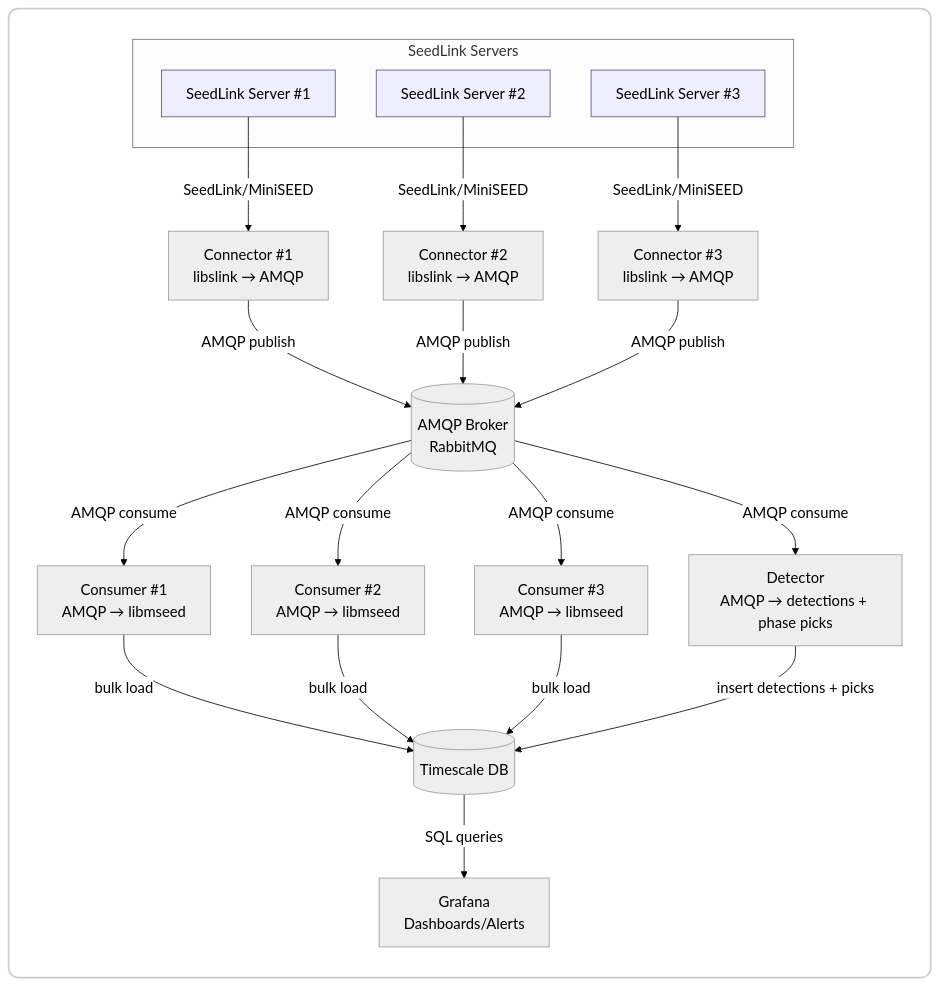
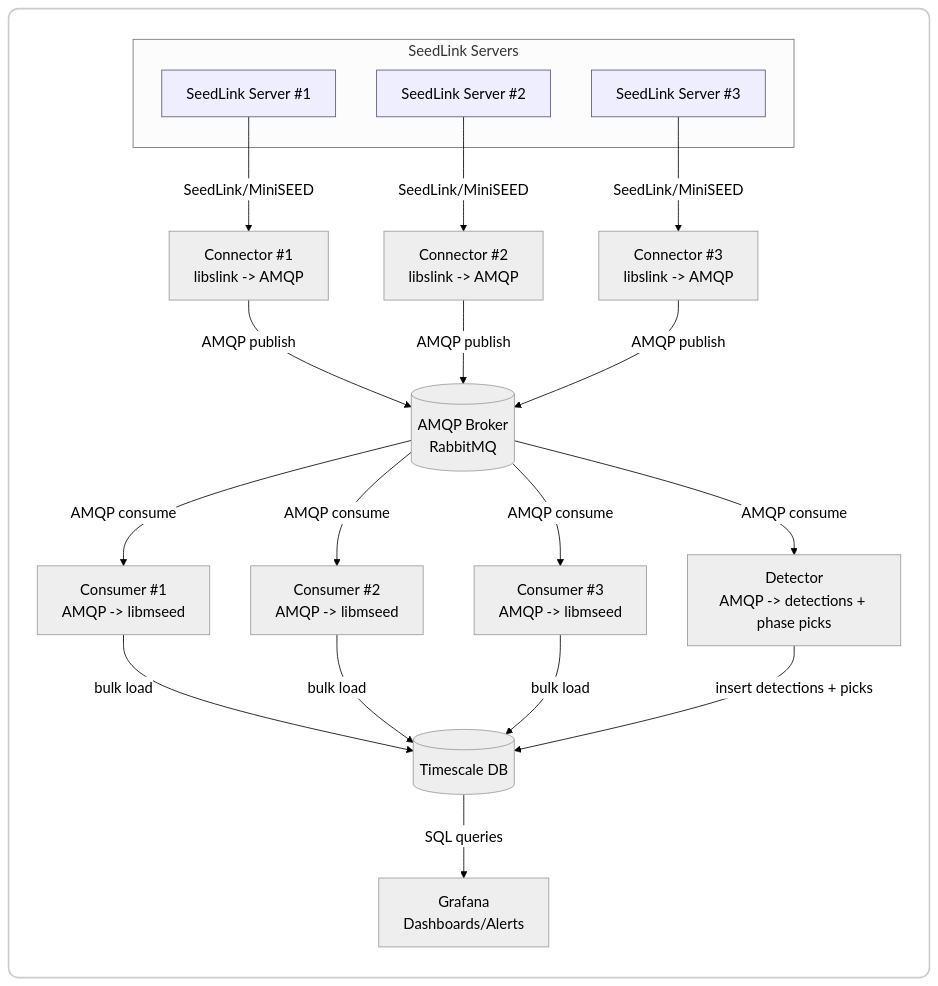
The diagram in README.md (timkomate/seisstream), drawn with Mermaid before and after one commit. The commit also changed other lines of this file, not shown here.

````diff
--- a/README.md
+++ b/README.md
@@ -6,37 +6,37 @@
 ```mermaid
 %%{init: {"theme":"neutral","themeVariables":{"fontSize":"18px","primaryTextColor":"#000","lineColor":"#000"}}}%%
 flowchart TB
 
   subgraph BG[" "]
     direction TB
 
     subgraph SeedLink Servers
       SL1[SeedLink Server #1]:::src
       SL2[SeedLink Server #2]:::src
       SL3[SeedLink Server #3]:::src
     end
 
-    SL1 -->|SeedLink/MiniSEED| CON1[Connector #1<br/>libslink → AMQP]
-    SL2 -->|SeedLink/MiniSEED| CON2[Connector #2<br/>libslink → AMQP]
-    SL3 -->|SeedLink/MiniSEED| CON3[Connector #3<br/>libslink → AMQP]
+    SL1 -->|SeedLink/MiniSEED| CON1[Connector #1<br/>libslink -> AMQP]
+    SL2 -->|SeedLink/MiniSEED| CON2[Connector #2<br/>libslink -> AMQP]
+    SL3 -->|SeedLink/MiniSEED| CON3[Connector #3<br/>libslink -> AMQP]
 
     CON1 -->|AMQP publish| MQ[(AMQP Broker<br/>RabbitMQ)]
     CON2 -->|AMQP publish| MQ
     CON3 -->|AMQP publish| MQ
 
-    MQ -->|AMQP consume| CNS1[Consumer #1<br/>AMQP → libmseed]
-    MQ -->|AMQP consume| CNS2[Consumer #2<br/>AMQP → libmseed]
-    MQ -->|AMQP consume| CNS3[Consumer #3<br/>AMQP → libmseed]
-    MQ -->|AMQP consume| DET[Detector<br/>AMQP → detections + phase picks]
+    MQ -->|AMQP consume| CNS1[Consumer #1<br/>AMQP -> libmseed]
+    MQ -->|AMQP consume| CNS2[Consumer #2<br/>AMQP -> libmseed]
+    MQ -->|AMQP consume| CNS3[Consumer #3<br/>AMQP -> libmseed]
+    MQ -->|AMQP consume| DET[Detector<br/>AMQP -> detections + phase picks]
 
     CNS1 -->|bulk load| PG[(Timescale DB)]
     CNS2 -->|bulk load| PG
     CNS3 -->|bulk load| PG
     DET -->|insert detections + picks| PG
 
     PG -->|SQL queries| GRAF[Grafana<br/>Dashboards/Alerts]
   end
 
   classDef src fill:#eef,stroke:#557;
   style BG fill:#ffffff,stroke:#cccccc,stroke-width:2px,rx:12,ry:12;
 ```
````
